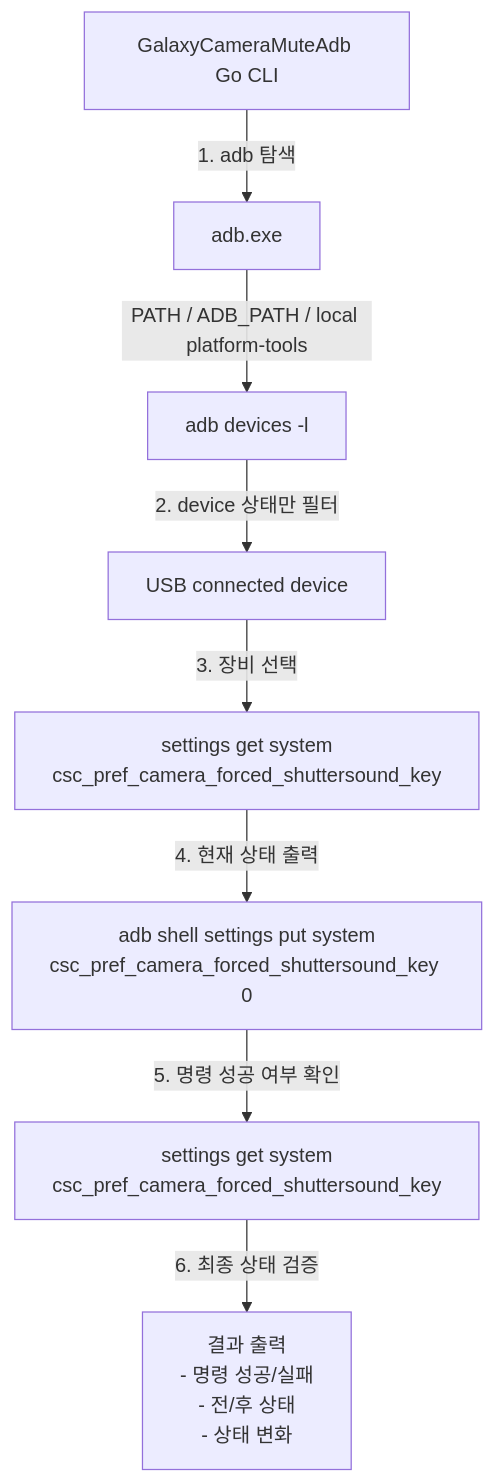
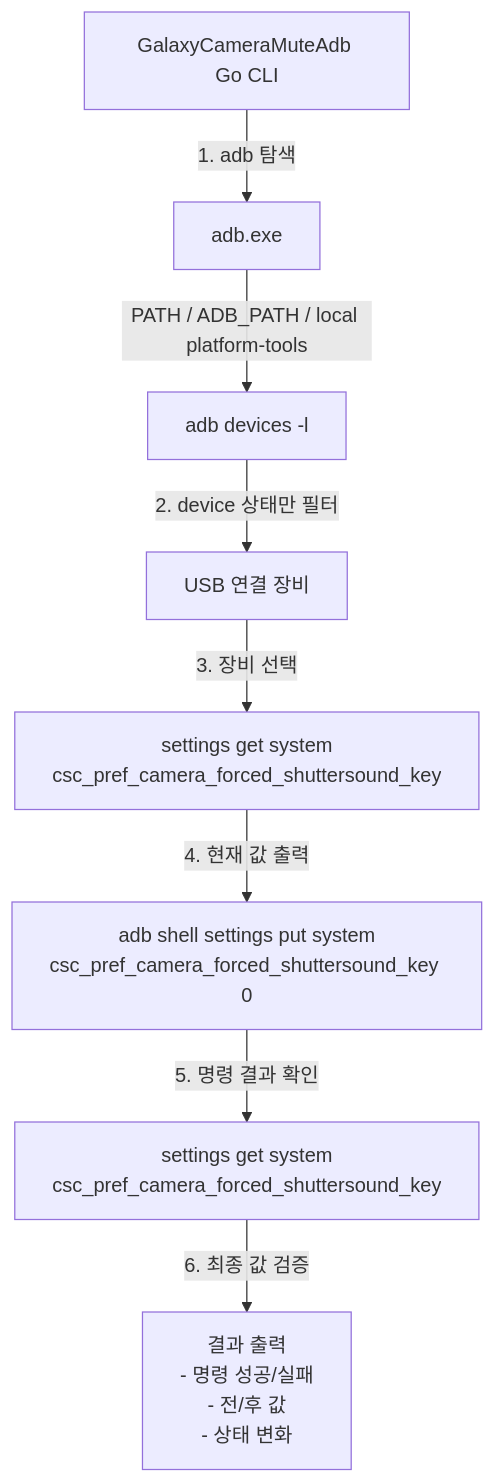
Before and after one commit to turbobit/GalaxyCameraMuteAdb: the second of 2 diagrams in README.md, drawn with Mermaid. The commit also changed other lines of this file, not shown here.

````diff
--- a/README.md
+++ b/README.md
@@ -53,10 +174,10 @@
 ```mermaid
 flowchart TD
     A[GalaxyCameraMuteAdb Go CLI] -->|1. adb 탐색| B[adb.exe]
     B -->|PATH / ADB_PATH / local platform-tools| C[adb devices -l]
-    C -->|2. device 상태만 필터| D[USB connected device]
+    C -->|2. device 상태만 필터| D[USB 연결 장비]
     D -->|3. 장비 선택| E[settings get system<br/>csc_pref_camera_forced_shuttersound_key]
-    E -->|4. 현재 상태 출력| F[adb shell settings put system<br/>csc_pref_camera_forced_shuttersound_key 0]
-    F -->|5. 명령 성공 여부 확인| G[settings get system<br/>csc_pref_camera_forced_shuttersound_key]
-    G -->|6. 최종 상태 검증| H[결과 출력<br/>- 명령 성공/실패<br/>- 전/후 상태<br/>- 상태 변화]
+    E -->|4. 현재 값 출력| F[adb shell settings put system<br/>csc_pref_camera_forced_shuttersound_key 0]
+    F -->|5. 명령 결과 확인| G[settings get system<br/>csc_pref_camera_forced_shuttersound_key]
+    G -->|6. 최종 값 검증| H[결과 출력<br/>- 명령 성공/실패<br/>- 전/후 값<br/>- 상태 변화]
 ```
````
